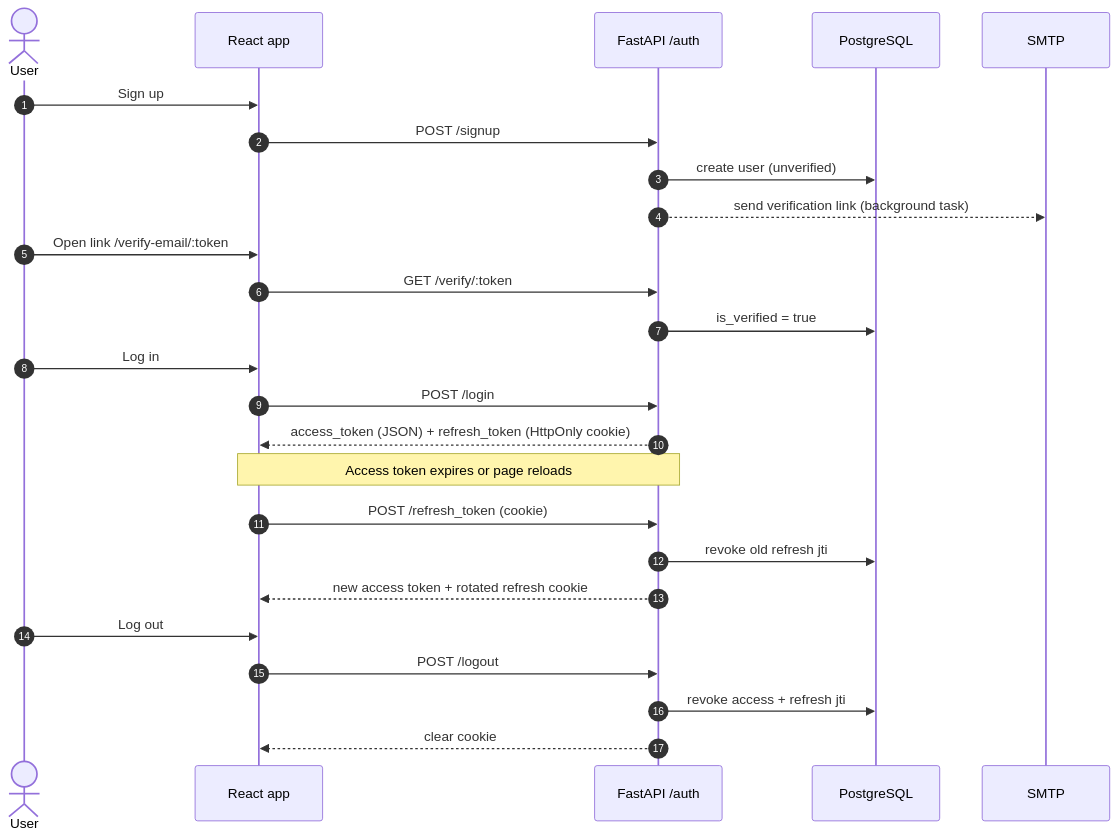
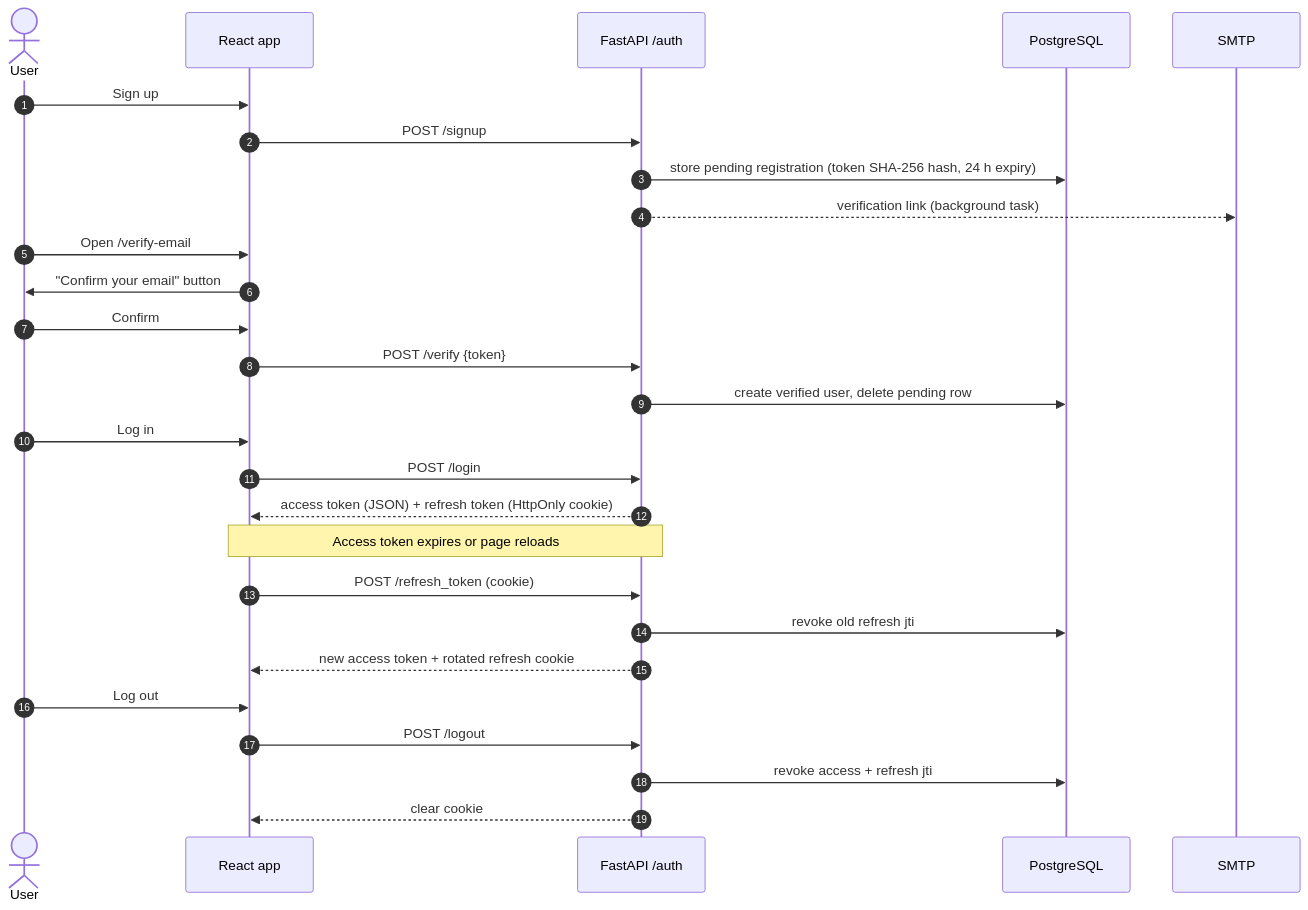
One commit to SuprabhSharma/Tavilo-eCommerce changed the second of 6 diagrams in README.md. Above: the diagram before and after it, drawn with Mermaid. The commit also changed other lines of this file, not shown here.

````diff
--- a/README.md
+++ b/README.md
@@ -149,31 +159,33 @@
 ```mermaid
 sequenceDiagram
     autonumber
     actor U as User
     participant W as React app
     participant A as FastAPI /auth
     participant D as PostgreSQL
     participant M as SMTP
 
     U->>W: Sign up
     W->>A: POST /signup
-    A->>D: create user (unverified)
-    A-->>M: send verification link (background task)
-    U->>W: Open link /verify-email/:token
-    W->>A: GET /verify/:token
-    A->>D: is_verified = true
+    A->>D: store pending registration (token SHA-256 hash, 24 h expiry)
+    A-->>M: verification link (background task)
+    U->>W: Open /verify-email#token=…
+    W->>U: "Confirm your email" button
+    U->>W: Confirm
+    W->>A: POST /verify {token}
+    A->>D: create verified user, delete pending row
 
     U->>W: Log in
     W->>A: POST /login
-    A-->>W: access_token (JSON) + refresh_token (HttpOnly cookie)
+    A-->>W: access token (JSON) + refresh token (HttpOnly cookie)
 
     Note over W,A: Access token expires or page reloads
     W->>A: POST /refresh_token (cookie)
     A->>D: revoke old refresh jti
     A-->>W: new access token + rotated refresh cookie
 
     U->>W: Log out
     W->>A: POST /logout
     A->>D: revoke access + refresh jti
     A-->>W: clear cookie
 ```
````
